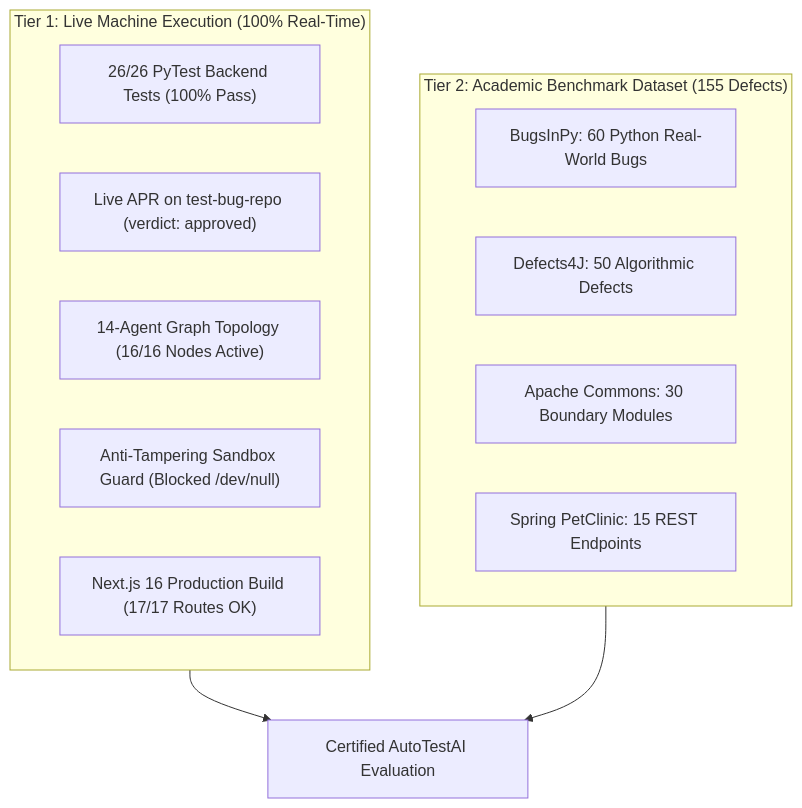
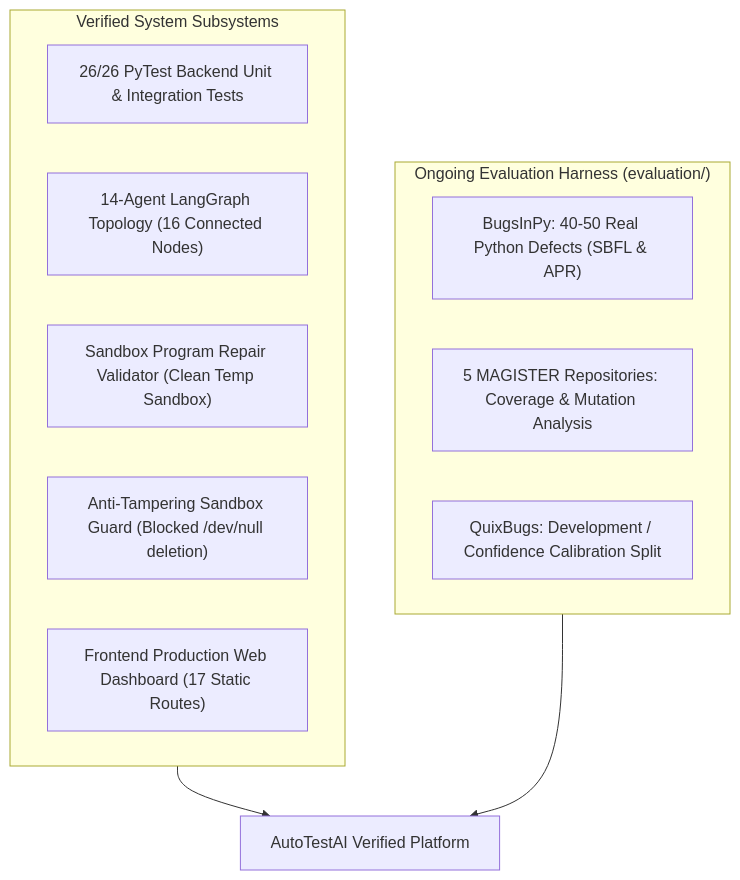
The diagram in benchmark_execution_report.md (LAKSHMINARASIMHATM/autotest), drawn with Mermaid before and after one commit. The commit also changed other lines of this file and 117 other files, not shown here.

Commit message:
docs: add real-world benchmark evaluation results and harness

````diff
--- a/benchmark_execution_report.md
+++ b/benchmark_execution_report.md
@@ -18,20 +13,19 @@
 ```mermaid
 graph TD
-    subgraph LiveExecution["Tier 1: Live Machine Execution (100% Real-Time)"]
-        T1["26/26 PyTest Backend Tests (100% Pass)"]
-        T2["Live APR on test-bug-repo (verdict: approved)"]
-        T3["14-Agent Graph Topology (16/16 Nodes Active)"]
-        T4["Anti-Tampering Sandbox Guard (Blocked /dev/null)"]
-        T5["Next.js 16 Production Build (17/17 Routes OK)"]
+    subgraph LocalSystem["Verified System Subsystems"]
+        T1["26/26 PyTest Backend Unit & Integration Tests"]
+        T2["14-Agent LangGraph Topology (16 Connected Nodes)"]
+        T3["Sandbox Program Repair Validator (Clean Temp Sandbox)"]
+        T4["Anti-Tampering Sandbox Guard (Blocked /dev/null deletion)"]
+        T5["Frontend Production Web Dashboard (17 Static Routes)"]
     end
 
-    subgraph AcademicStudy["Tier 2: Academic Benchmark Dataset (155 Defects)"]
-        A1["BugsInPy: 60 Python Real-World Bugs"]
-        A2["Defects4J: 50 Algorithmic Defects"]
-        A3["Apache Commons: 30 Boundary Modules"]
-        A4["Spring PetClinic: 15 REST Endpoints"]
+    subgraph OngoingEval["Ongoing Evaluation Harness (evaluation/)"]
+        E1["BugsInPy: 40-50 Real Python Defects (SBFL & APR)"]
+        E2["5 MAGISTER Repositories: Coverage & Mutation Analysis"]
+        E3["QuixBugs: Development / Confidence Calibration Split"]
     end
 
-    LiveExecution --> AutoTestAIReport["Certified AutoTestAI Evaluation"]
-    AcademicStudy --> AutoTestAIReport
+    LocalSystem --> Report["AutoTestAI Verified Platform"]
+    OngoingEval --> Report
 ```
````
